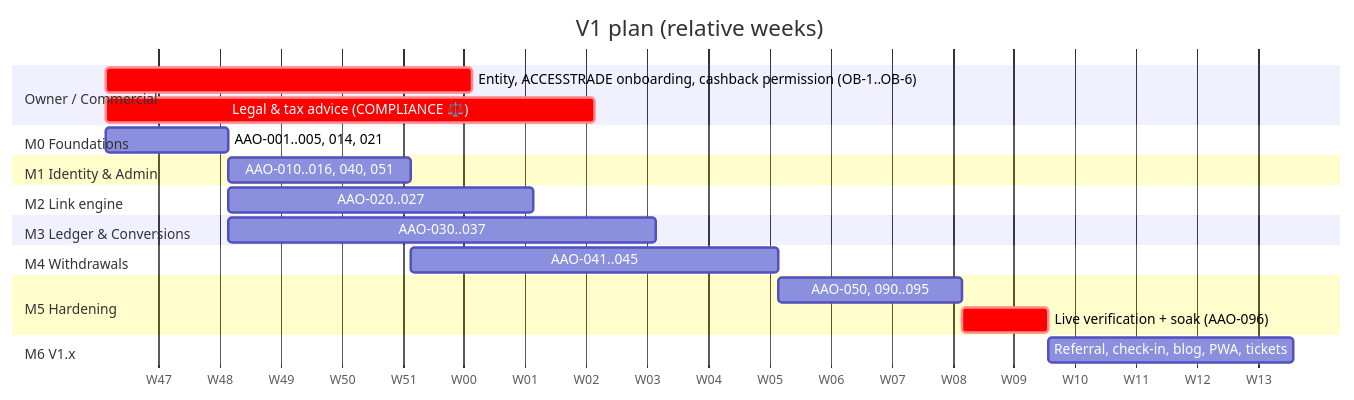
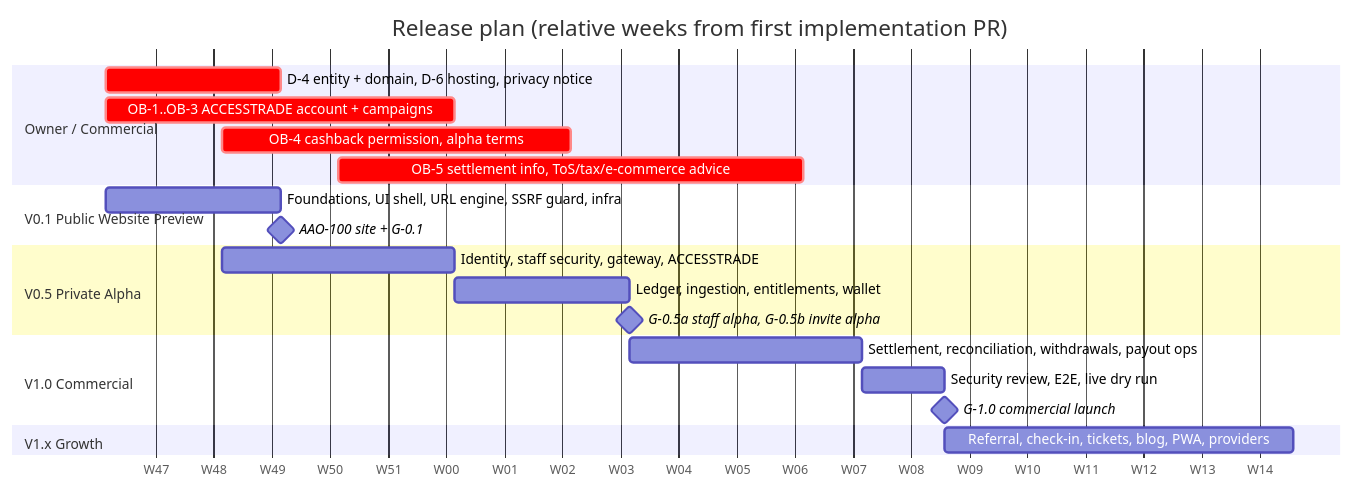
The diagram in docs/IMPLEMENTATION_ROADMAP.md (nhattruong0204/affiliate-all-in-one), drawn with Mermaid before and after one commit. The commit also changed other lines of this file and 13 other files, not shown here.

````diff
--- a/docs/IMPLEMENTATION_ROADMAP.md
+++ b/docs/IMPLEMENTATION_ROADMAP.md
@@ -5,24 +7,24 @@
 ```mermaid
 gantt
-    title V1 plan (relative weeks)
+    title Release plan (relative weeks from first implementation PR)
     dateFormat  YYYY-MM-DD
     axisFormat  W%W
     section Owner / Commercial
-    Entity, ACCESSTRADE onboarding, cashback permission (OB-1..OB-6) :crit, ob, 2026-11-23, 42d
-    Legal & tax advice (COMPLIANCE ⚖️)                             :crit, lg, 2026-11-23, 56d
-    section M0 Foundations
-    AAO-001..005, 014, 021                                          :m0, 2026-11-23, 14d
-    section M1 Identity & Admin
-    AAO-010..016, 040, 051                                          :m1, after m0, 21d
-    section M2 Link engine
-    AAO-020..027                                                    :m2, after m0, 35d
-    section M3 Ledger & Conversions
-    AAO-030..037                                                    :m3, after m0, 49d
-    section M4 Withdrawals
-    AAO-041..045                                                    :m4, after m1, 42d
-    section M5 Hardening
-    AAO-050, 090..095                                               :m5, after m4, 21d
-    Live verification + soak (AAO-096)                              :crit, m5b, after m5, 10d
-    section M6 V1.x
-    Referral, check-in, blog, PWA, tickets                          :m6, after m5b, 28d
+    D-4 entity + domain, D-6 hosting, privacy notice     :crit, c1, 2026-11-23, 21d
+    OB-1..OB-3 ACCESSTRADE account + campaigns           :crit, c2, 2026-11-23, 42d
+    OB-4 cashback permission, alpha terms                :crit, c3, 2026-12-07, 42d
+    OB-5 settlement info, ToS/tax/e-commerce advice      :crit, c4, 2026-12-21, 56d
+    section V0.1 Public Website Preview
+    Foundations, UI shell, URL engine, SSRF guard, infra :v01, 2026-11-23, 21d
+    AAO-100 site + G-0.1                                 :milestone, g01, after v01, 0d
+    section V0.5 Private Alpha
+    Identity, staff security, gateway, ACCESSTRADE       :v05a, 2026-12-07, 28d
+    Ledger, ingestion, entitlements, wallet              :v05b, after v05a, 21d
+    G-0.5a staff alpha, G-0.5b invite alpha              :milestone, g05, after v05b, 0d
+    section V1.0 Commercial
+    Settlement, reconciliation, withdrawals, payout ops  :v10a, after v05b, 28d
+    Security review, E2E, live dry run                   :v10b, after v10a, 10d
+    G-1.0 commercial launch                              :milestone, g10, after v10b, 0d
+    section V1.x Growth
+    Referral, check-in, tickets, blog, PWA, providers    :v1x, after g10, 42d
 ```
````
